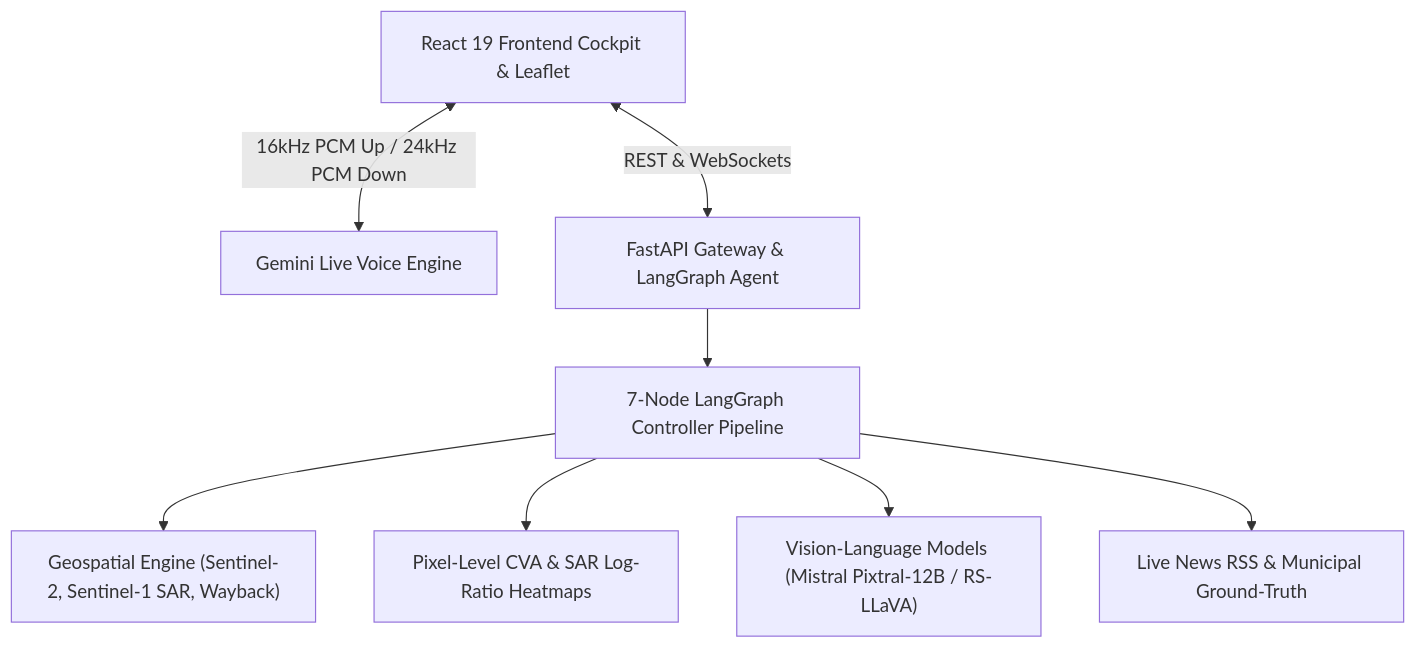
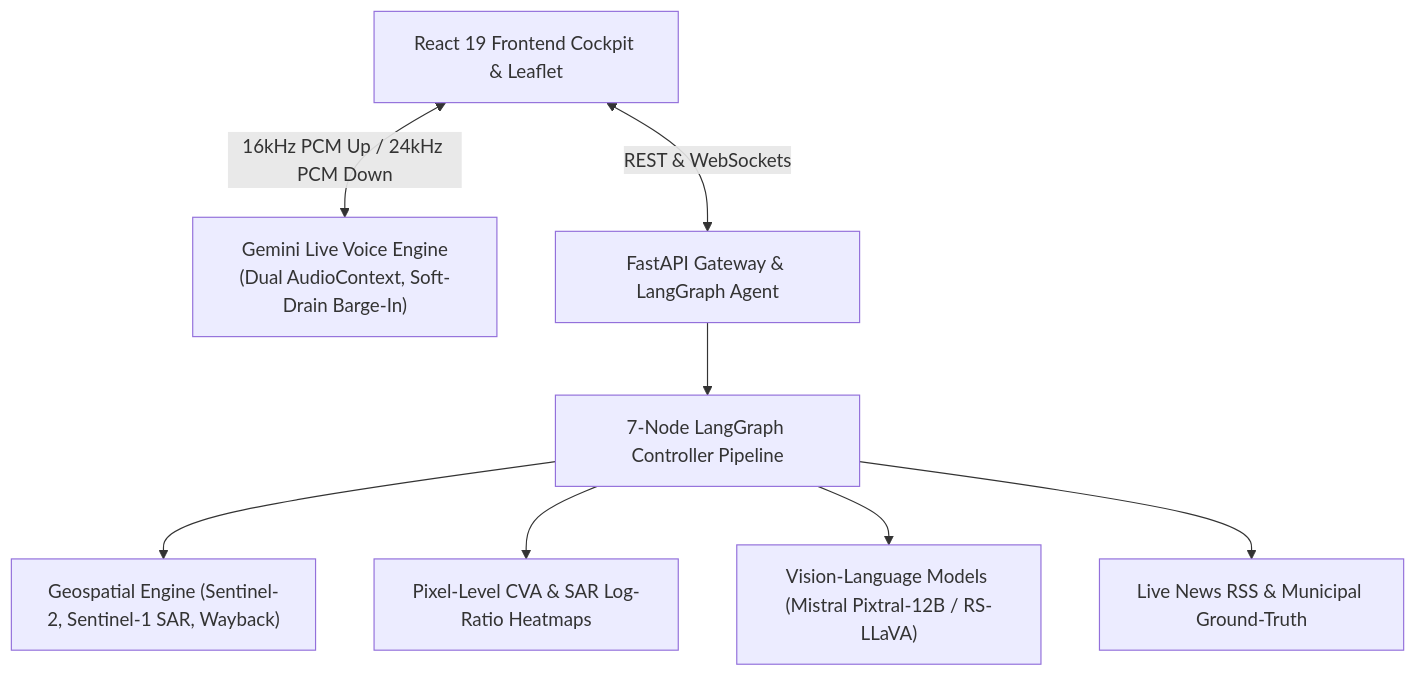
The diagram in README.md (Alex389-1/COSMOCLIP), drawn with Mermaid before and after one commit. The commit also changed other lines of this file and 35 other files, not shown here.

````diff
--- a/README.md
+++ b/README.md
@@ -40,10 +43,10 @@
 ```mermaid
 flowchart TD
-    Client["React 19 Frontend Cockpit & Leaflet"] <-->|16kHz PCM Up / 24kHz PCM Down| Voice["Gemini Live Voice Engine"]
+    Client["React 19 Frontend Cockpit & Leaflet"] <-->|16kHz PCM Up / 24kHz PCM Down| Voice["Gemini Live Voice Engine\n(Dual AudioContext, Soft-Drain Barge-In)"]
     Client <-->|REST & WebSockets| Backend["FastAPI Gateway & LangGraph Agent"]
     Backend --> LangGraph["7-Node LangGraph Controller Pipeline"]
     LangGraph --> Geo["Geospatial Engine (Sentinel-2, Sentinel-1 SAR, Wayback)"]
     LangGraph --> Heatmap["Pixel-Level CVA & SAR Log-Ratio Heatmaps"]
     LangGraph --> VLM["Vision-Language Models (Mistral Pixtral-12B / RS-LLaVA)"]
     LangGraph --> Web["Live News RSS & Municipal Ground-Truth"]
 ```
````
